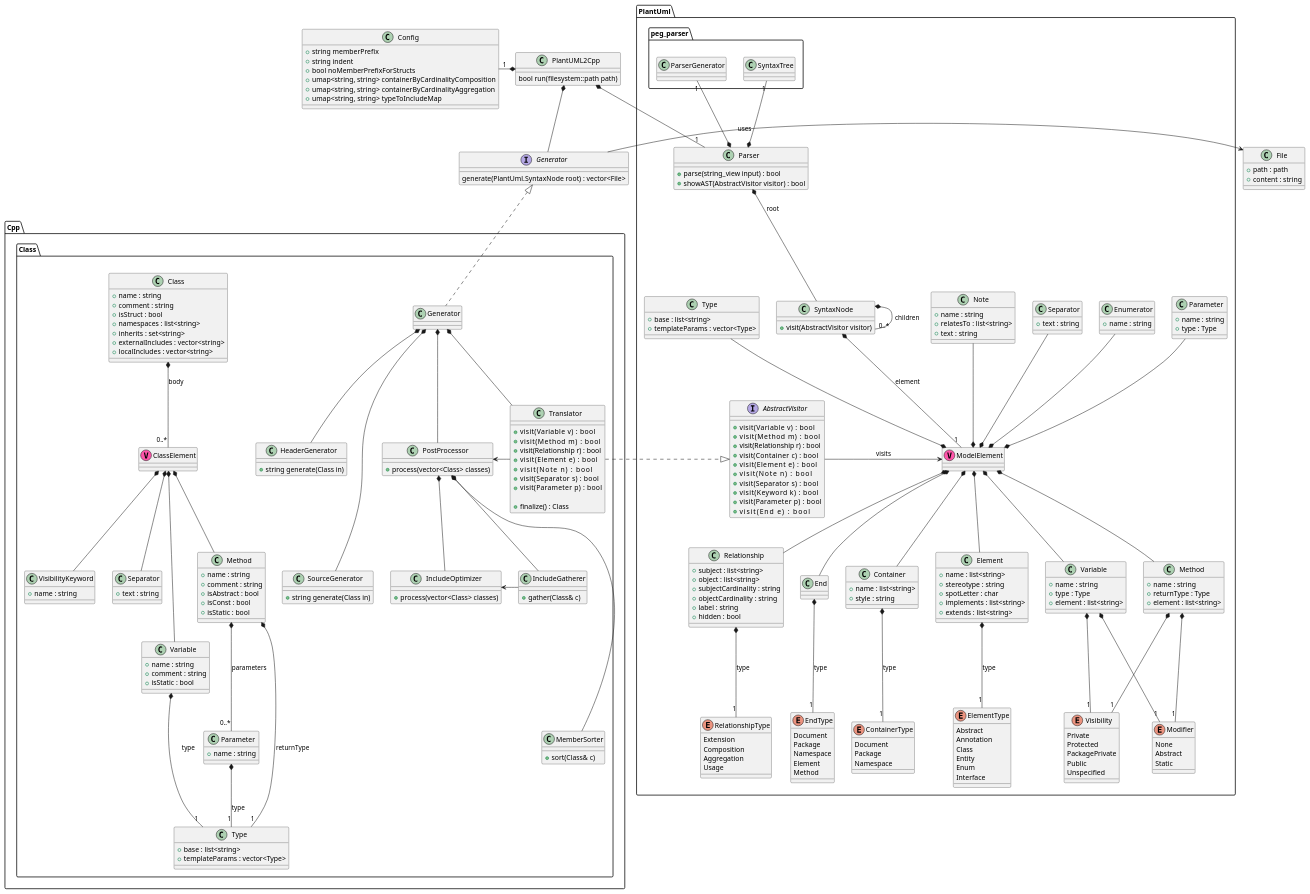
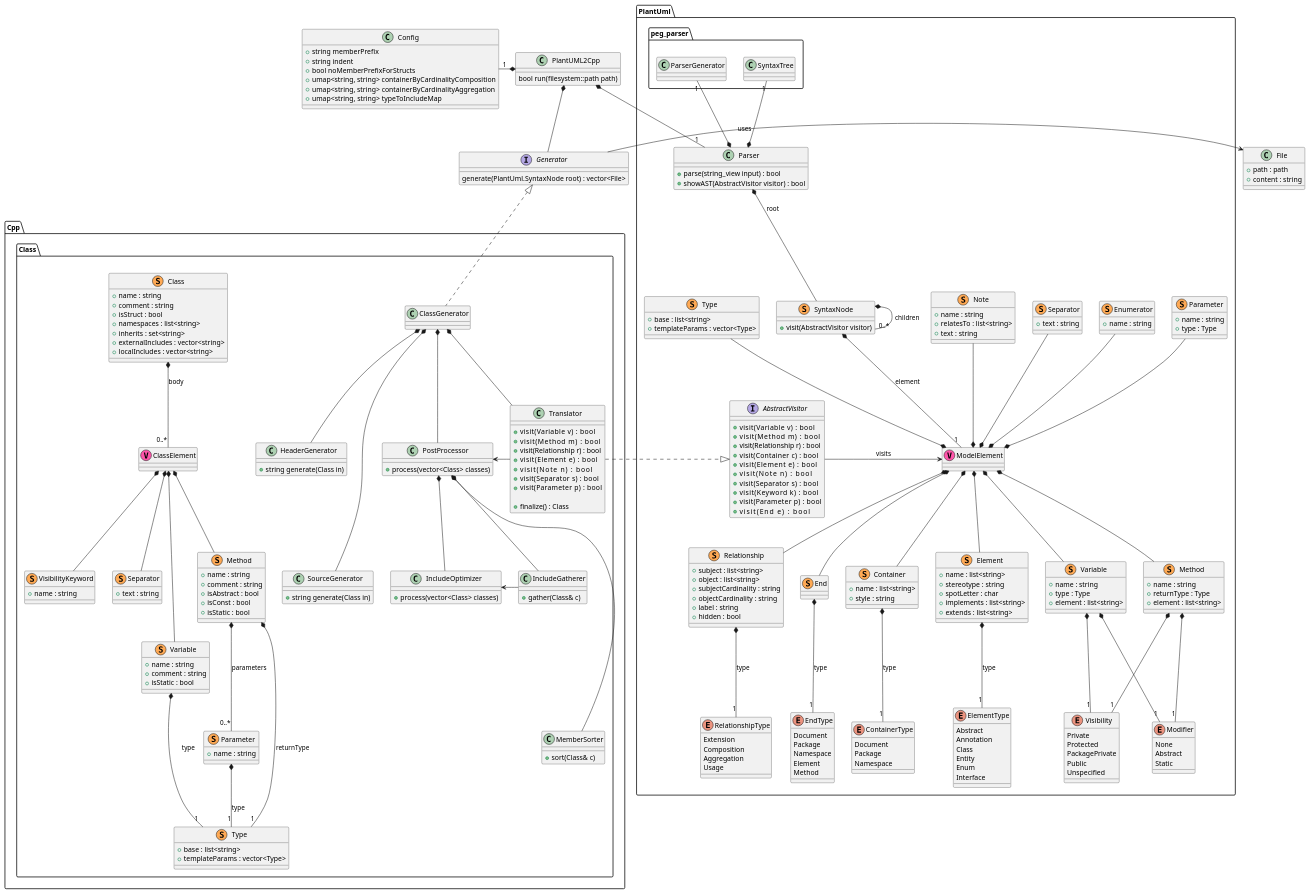
One commit to jteuber/PlantUML2Cpp changed the diagram in models/PlantUML2Cpp.puml. Above: the diagram before and after it, drawn with PlantUML.

Commit message:
Make all data structs in the model actual structs.

```diff
--- a/models/PlantUML2Cpp.puml
+++ b/models/PlantUML2Cpp.puml
@@ -52,7 +52,8 @@
 
     class ModelElement << (V,#FF55AA) >>
 
-    class Container {
+    class Container << (S,#FFAA55) >>
+    {
         +name : list<string>
         +style : string
     }
@@ -62,7 +63,8 @@
         Namespace
     }
 
-    class Element {
+    class Element << (S,#FFAA55) >>
+    {
         +name : list<string>
         +stereotype : string
         +spotLetter : char
@@ -78,31 +80,38 @@
         Interface
     }
 
-    class Variable {
+    class Variable << (S,#FFAA55) >>
+    {
         +name : string
         +type : Type
         +element : list<string>
     }
-    class Method {
+    class Method << (S,#FFAA55) >>
+    {
         +name : string
         +returnType : Type
         +element : list<string>
     }
-    class Parameter {
+    class Parameter << (S,#FFAA55) >>
+    {
         +name : string
         +type : Type
     }
-    class Separator {
+    class Separator << (S,#FFAA55) >>
+    {
         +text : string
     }
-    class Enumerator {
+    class Enumerator << (S,#FFAA55) >>
+    {
         +name : string
     }
-    class Type {
+    class Type << (S,#FFAA55) >>
+    {
         +base : list<string>
         +templateParams : vector<Type>
     }
-    class Relationship {
+    class Relationship << (S,#FFAA55) >>
+    {
         +subject : list<string> 
         +object : list<string> 
         +subjectCardinality : string 
@@ -116,7 +125,8 @@
         Aggregation
         Usage
     }
-    class Note {
+    class Note << (S,#FFAA55) >>
+    {
         +name : string
         +relatesTo : list<string>
         +text : string
@@ -133,7 +143,7 @@
         Abstract 
         Static
     }
-    class End
+    class End<< (S,#FFAA55) >>
     enum EndType
     {
         Document
@@ -143,7 +153,8 @@
         Method
     }
 
-    class SyntaxNode {
+    class SyntaxNode << (S,#FFAA55) >>
+    {
         +visit(AbstractVisitor visitor)
     }
 
@@ -215,12 +226,12 @@
 
         Translator -left-> PostProcessor
 
-        class Generator implements .Generator {
+        class ClassGenerator implements .Generator {
         }
-        Generator *-- Translator
-        Generator *-- PostProcessor
-        Generator *-- HeaderGenerator
-        Generator *--- SourceGenerator
+        ClassGenerator *-- Translator
+        ClassGenerator *-- PostProcessor
+        ClassGenerator *-- HeaderGenerator
+        ClassGenerator *--- SourceGenerator
         
         class Translator {
             +visit(Variable v)     : bool
@@ -236,7 +247,8 @@
         Translator .|> PlantUml.AbstractVisitor
 
         ' *************** DATA ***************
-        class Class {
+        class Class << (S,#FFAA55) >> 
+        {
             +name : string
             +comment : string
             +isStruct : bool
@@ -246,28 +258,33 @@
             +localIncludes : vector<string>
         }
         class ClassElement << (V,#FF55AA) >>
-        class VisibilityKeyword {
+        class VisibilityKeyword << (S,#FFAA55) >> 
+        {
             +name : string
         }
-        class Separator {
+        class Separator << (S,#FFAA55) >> 
+        {
             +text : string
         }
-        class Variable {
+        class Variable << (S,#FFAA55) >> 
+        {
             +name : string
             +comment : string
             +isStatic : bool
         }
-        class Method {
+        class Method << (S,#FFAA55) >> 
+        {
             +name : string
             +comment : string
             +isAbstract : bool
             +isConst : bool
             +isStatic : bool
         }
-        class Parameter {
+        class Parameter << (S,#FFAA55) >> 
+        {
             +name : string
         }
-        class Type
+        class Type << (S,#FFAA55) >> 
         {
             +base : list<string>
             +templateParams : vector<Type>
```
